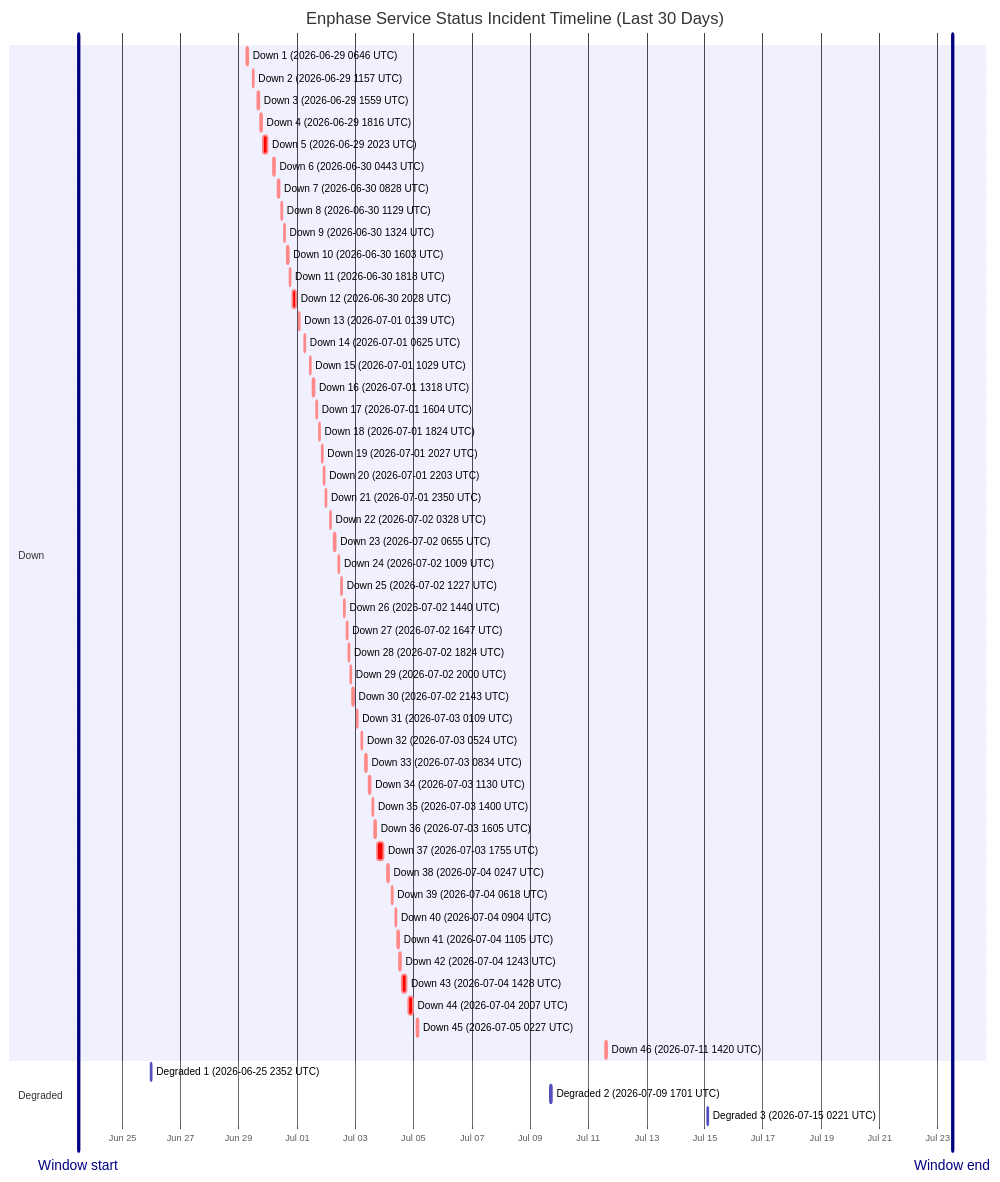
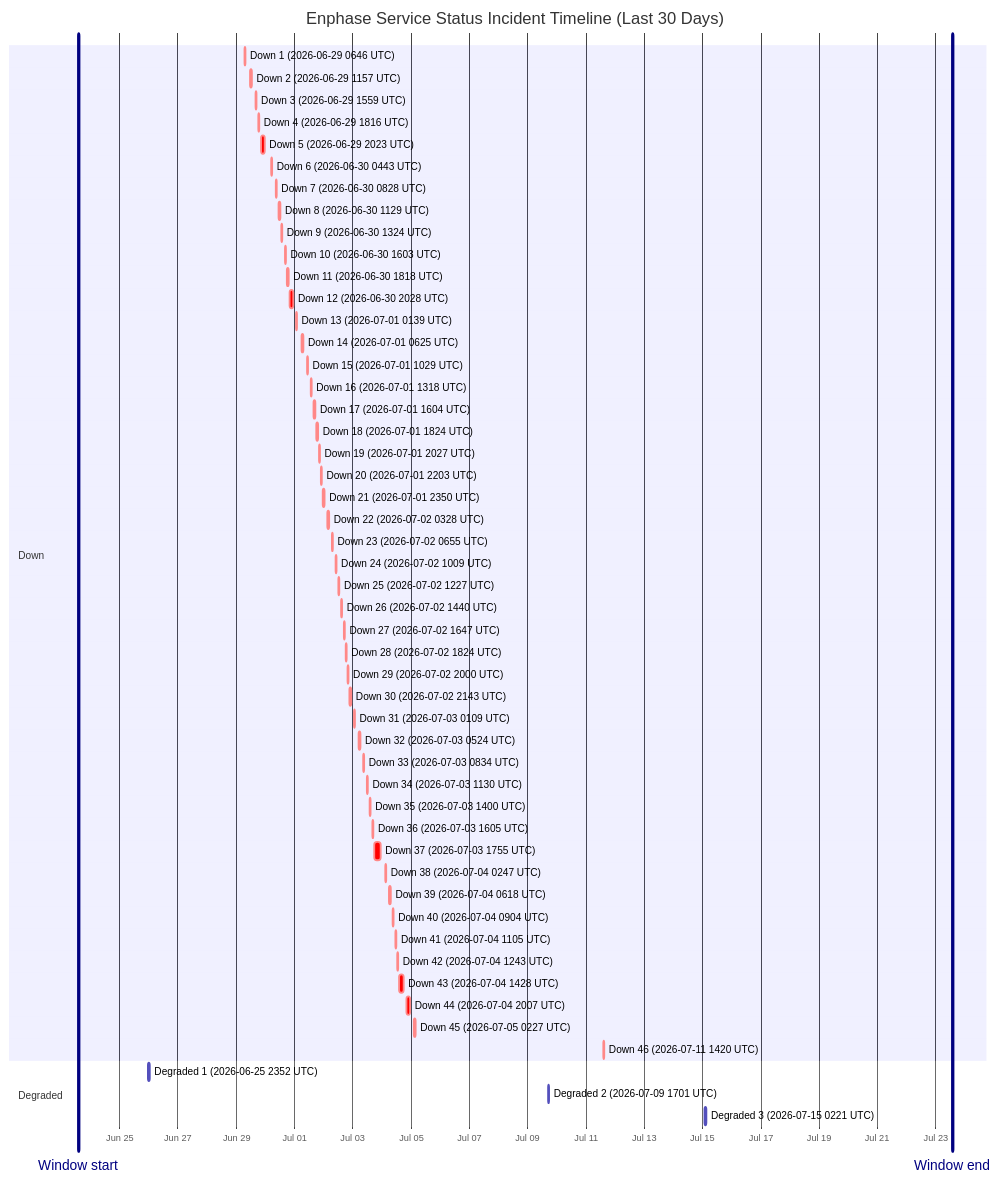
Before and after one commit to barneyonline/ha-enphase-energy: the diagram in wiki/Service-Status-History.md, drawn with Mermaid. The commit also changed other lines of this file and 3 other files, not shown here.

````diff
--- a/wiki/Service-Status-History.md
+++ b/wiki/Service-Status-History.md
@@ -14,59 +14,59 @@
 ```mermaid
 gantt
     title Enphase Service Status Incident Timeline (Last 30 Days)
     dateFormat  YYYY-MM-DDTHH:mm:ss
     axisFormat  %b %d
-    Window start :vert, window-start, 2026-06-23T11:51:47, 0ms
-    Window end :vert, window-end, 2026-07-23T11:51:47, 0ms
+    Window start :vert, window-start, 2026-06-23T13:53:54, 0ms
+    Window end :vert, window-end, 2026-07-23T13:53:54, 0ms
     section Down
     Down 1 (2026-06-29 0646 UTC) :crit, down-1, 2026-06-29T06:46:18, 60m
     Down 2 (2026-06-29 1157 UTC) :crit, down-2, 2026-06-29T11:57:36, 60m
     Down 3 (2026-06-29 1559 UTC) :crit, down-3, 2026-06-29T15:59:02, 60m
     Down 4 (2026-06-29 1816 UTC) :crit, down-4, 2026-06-29T18:16:38, 60m
     Down 5 (2026-06-29 2023 UTC) :crit, down-5, 2026-06-29T20:23:16, 220m
     Down 6 (2026-06-30 0443 UTC) :crit, down-6, 2026-06-30T04:43:54, 60m
     Down 7 (2026-06-30 0828 UTC) :crit, down-7, 2026-06-30T08:28:43, 60m
     Down 8 (2026-06-30 1129 UTC) :crit, down-8, 2026-06-30T11:29:15, 60m
     Down 9 (2026-06-30 1324 UTC) :crit, down-9, 2026-06-30T13:24:25, 60m
     Down 10 (2026-06-30 1603 UTC) :crit, down-10, 2026-06-30T16:03:26, 60m
     Down 11 (2026-06-30 1818 UTC) :crit, down-11, 2026-06-30T18:18:39, 60m
     Down 12 (2026-06-30 2028 UTC) :crit, down-12, 2026-06-30T20:28:54, 171m
     Down 13 (2026-07-01 0139 UTC) :crit, down-13, 2026-07-01T01:39:18, 60m
     Down 14 (2026-07-01 0625 UTC) :crit, down-14, 2026-07-01T06:25:35, 60m
     Down 15 (2026-07-01 1029 UTC) :crit, down-15, 2026-07-01T10:29:24, 60m
     Down 16 (2026-07-01 1318 UTC) :crit, down-16, 2026-07-01T13:18:31, 60m
     Down 17 (2026-07-01 1604 UTC) :crit, down-17, 2026-07-01T16:04:29, 60m
     Down 18 (2026-07-01 1824 UTC) :crit, down-18, 2026-07-01T18:24:21, 60m
     Down 19 (2026-07-01 2027 UTC) :crit, down-19, 2026-07-01T20:27:17, 60m
     Down 20 (2026-07-01 2203 UTC) :crit, down-20, 2026-07-01T22:03:46, 60m
     Down 21 (2026-07-01 2350 UTC) :crit, down-21, 2026-07-01T23:50:52, 60m
     Down 22 (2026-07-02 0328 UTC) :crit, down-22, 2026-07-02T03:28:33, 60m
     Down 23 (2026-07-02 0655 UTC) :crit, down-23, 2026-07-02T06:55:07, 60m
     Down 24 (2026-07-02 1009 UTC) :crit, down-24, 2026-07-02T10:09:15, 60m
     Down 25 (2026-07-02 1227 UTC) :crit, down-25, 2026-07-02T12:27:49, 60m
     Down 26 (2026-07-02 1440 UTC) :crit, down-26, 2026-07-02T14:40:53, 60m
     Down 27 (2026-07-02 1647 UTC) :crit, down-27, 2026-07-02T16:47:47, 60m
     Down 28 (2026-07-02 1824 UTC) :crit, down-28, 2026-07-02T18:24:26, 60m
     Down 29 (2026-07-02 2000 UTC) :crit, down-29, 2026-07-02T20:00:57, 60m
     Down 30 (2026-07-02 2143 UTC) :crit, down-30, 2026-07-02T21:43:52, 80m
     Down 31 (2026-07-03 0109 UTC) :crit, down-31, 2026-07-03T01:09:19, 60m
     Down 32 (2026-07-03 0524 UTC) :crit, down-32, 2026-07-03T05:24:23, 60m
     Down 33 (2026-07-03 0834 UTC) :crit, down-33, 2026-07-03T08:34:05, 60m
     Down 34 (2026-07-03 1130 UTC) :crit, down-34, 2026-07-03T11:30:41, 60m
     Down 35 (2026-07-03 1400 UTC) :crit, down-35, 2026-07-03T14:00:48, 60m
     Down 36 (2026-07-03 1605 UTC) :crit, down-36, 2026-07-03T16:05:49, 60m
     Down 37 (2026-07-03 1755 UTC) :crit, down-37, 2026-07-03T17:55:54, 338m
     Down 38 (2026-07-04 0247 UTC) :crit, down-38, 2026-07-04T02:47:22, 60m
     Down 39 (2026-07-04 0618 UTC) :crit, down-39, 2026-07-04T06:18:09, 60m
     Down 40 (2026-07-04 0904 UTC) :crit, down-40, 2026-07-04T09:04:41, 60m
     Down 41 (2026-07-04 1105 UTC) :crit, down-41, 2026-07-04T11:05:21, 60m
     Down 42 (2026-07-04 1243 UTC) :crit, down-42, 2026-07-04T12:43:25, 60m
     Down 43 (2026-07-04 1428 UTC) :crit, down-43, 2026-07-04T14:28:07, 243m
     Down 44 (2026-07-04 2007 UTC) :crit, down-44, 2026-07-04T20:07:50, 206m
     Down 45 (2026-07-05 0227 UTC) :crit, down-45, 2026-07-05T02:27:32, 109m
     Down 46 (2026-07-11 1420 UTC) :crit, down-46, 2026-07-11T14:20:54, 69m
     section Degraded
     Degraded 1 (2026-06-25 2352 UTC) :active, degraded-1, 2026-06-25T23:52:01, 60m
     Degraded 2 (2026-07-09 1701 UTC) :active, degraded-2, 2026-07-09T17:01:02, 60m
     Degraded 3 (2026-07-15 0221 UTC) :active, degraded-3, 2026-07-15T02:21:35, 60m
 ```
````
